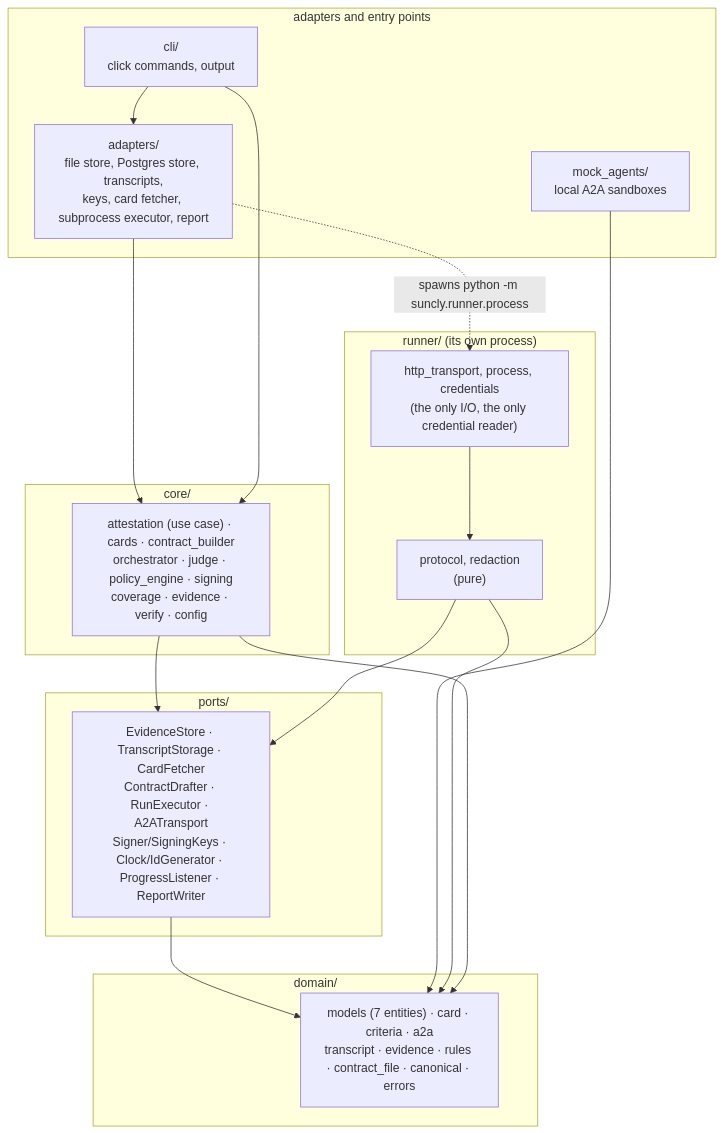
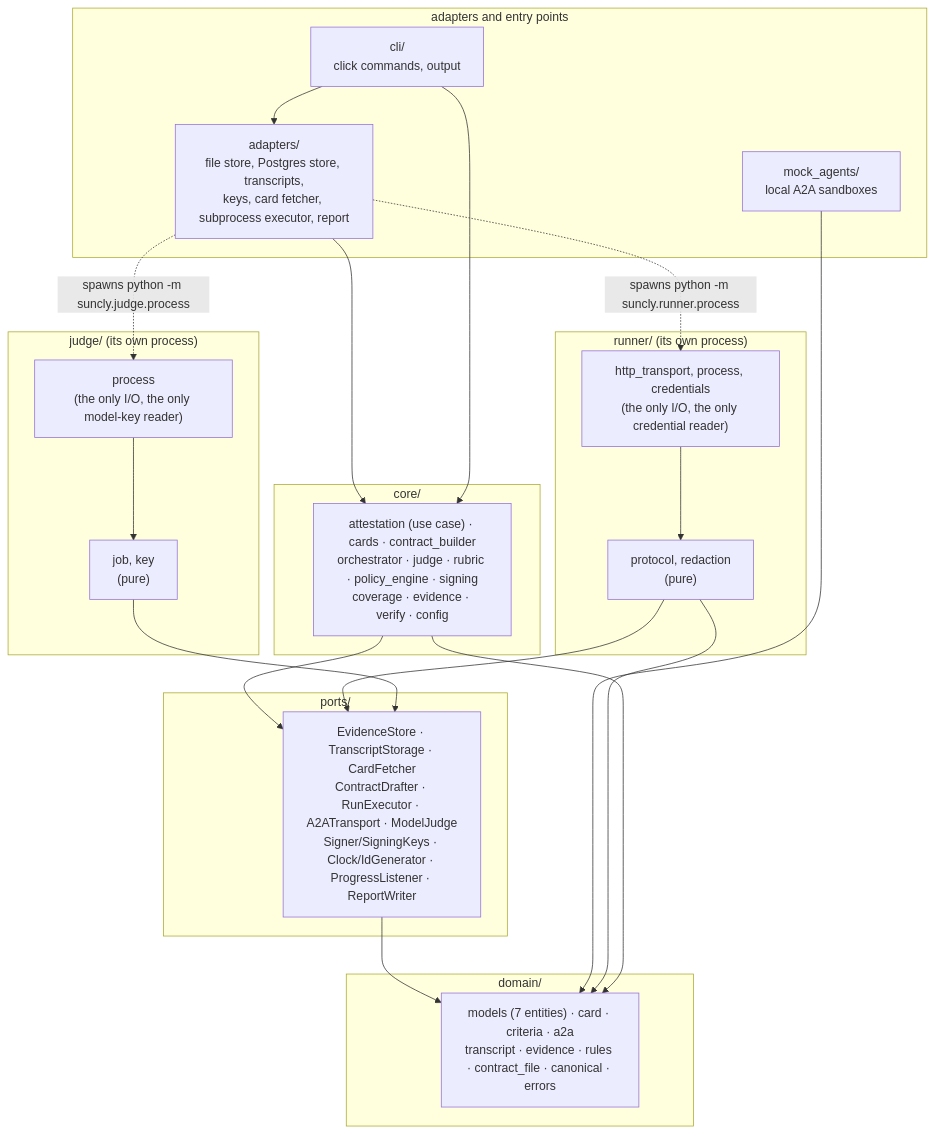
One commit to Suncly-Tech/Suncly changed the first of 3 diagrams in docs/CODE_ARCHITECTURE.md. Above: the diagram before and after it, drawn with Mermaid. The commit also changed other lines of this file and 34 other files, not shown here.

````diff
--- a/docs/CODE_ARCHITECTURE.md
+++ b/docs/CODE_ARCHITECTURE.md
@@ -12,28 +12,34 @@
 ```mermaid
 flowchart TB
     subgraph outer["adapters and entry points"]
         CLI["cli/<br/>click commands, output"]
         ADP["adapters/<br/>file store, Postgres store, transcripts,<br/>keys, card fetcher, subprocess executor, report"]
         MOCK["mock_agents/<br/>local A2A sandboxes"]
     end
     subgraph runner["runner/ (its own process)"]
         RIO["http_transport, process, credentials<br/>(the only I/O, the only credential reader)"]
         RP["protocol, redaction<br/>(pure)"]
     end
+    subgraph judge["judge/ (its own process)"]
+        JIO["process<br/>(the only I/O, the only model-key reader)"]
+        JP["job, key<br/>(pure)"]
+    end
     subgraph core["core/"]
-        C["attestation (use case) · cards · contract_builder<br/>orchestrator · judge · policy_engine · signing<br/>coverage · evidence · verify · config"]
+        C["attestation (use case) · cards · contract_builder<br/>orchestrator · judge · rubric · policy_engine · signing<br/>coverage · evidence · verify · config"]
     end
     subgraph ports["ports/"]
-        P["EvidenceStore · TranscriptStorage · CardFetcher<br/>ContractDrafter · RunExecutor · A2ATransport<br/>Signer/SigningKeys · Clock/IdGenerator · ProgressListener · ReportWriter"]
+        P["EvidenceStore · TranscriptStorage · CardFetcher<br/>ContractDrafter · RunExecutor · A2ATransport · ModelJudge<br/>Signer/SigningKeys · Clock/IdGenerator · ProgressListener · ReportWriter"]
     end
     subgraph domain["domain/"]
         D["models (7 entities) · card · criteria · a2a<br/>transcript · evidence · rules · contract_file · canonical · errors"]
     end
     CLI --> ADP --> C --> P --> D
     CLI --> C
     ADP -.->|"spawns python -m suncly.runner.process"| RIO
+    ADP -.->|"spawns python -m suncly.judge.process"| JIO
     RIO --> RP --> P
+    JIO --> JP --> P
     MOCK --> D
     RP --> D
     C --> D
 ```
````
